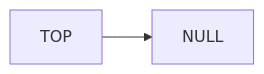
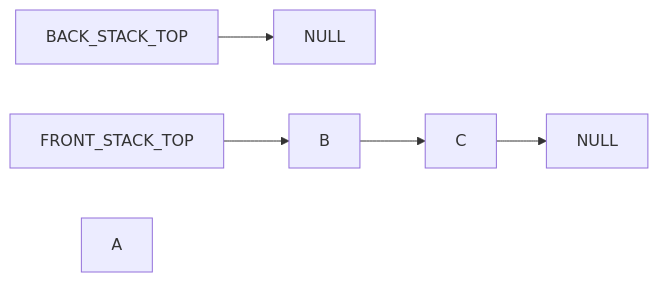
One commit to rmccrear/data-structures-and-algorithms changed the fourth of 13 diagrams in javascript/code-challenges/stack-queue-pseudo/README.md. Above: the diagram before and after it, drawn with Mermaid. The commit also changed other lines of this file and 1 other file, not shown here.

````diff
--- a/javascript/code-challenges/stack-queue-pseudo/README.md
+++ b/javascript/code-challenges/stack-queue-pseudo/README.md
@@ -30,4 +50,7 @@
 ```mermaid
     graph LR
-    TOP-->NULL
+
+    BACK_STACK_TOP  --> BTAIL[NULL]
+    FRONT_STACK_TOP --> B--> C--> FTAIL[NULL]
+    A
 ```
````
